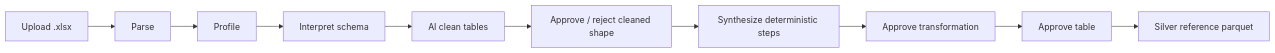
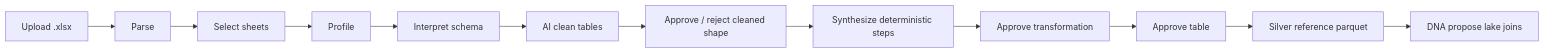
Before and after one commit to JeremiahDavid/glue: the first of 2 diagrams in docs/spreadsheet-engine.md, drawn with Mermaid. The commit also changed other lines of this file and 13 other files, not shown here.

````diff
--- a/docs/spreadsheet-engine.md
+++ b/docs/spreadsheet-engine.md
@@ -19,12 +19,14 @@
 ```mermaid
 flowchart LR
   A[Upload .xlsx] --> B[Parse]
-  B --> C[Profile]
-  C --> D[Interpret schema]
-  D --> E[AI clean tables]
-  E --> F[Approve / reject cleaned shape]
-  F --> G[Synthesize deterministic steps]
-  G --> H[Approve transformation]
-  H --> I[Approve table]
-  I --> J[Silver reference parquet]
+  B --> C[Select sheets]
+  C --> D[Profile]
+  D --> E[Interpret schema]
+  E --> F[AI clean tables]
+  F --> G[Approve / reject cleaned shape]
+  G --> H[Synthesize deterministic steps]
+  H --> I[Approve transformation]
+  I --> J[Approve table]
+  J --> K[Silver reference parquet]
+  K --> L[DNA propose lake joins]
 ```
````
